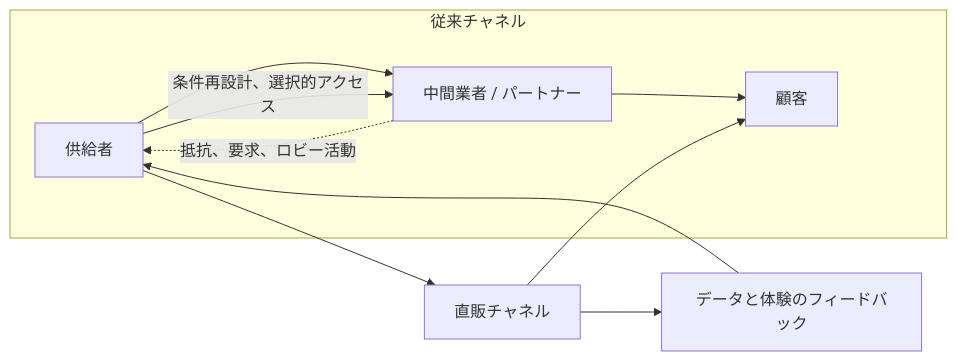
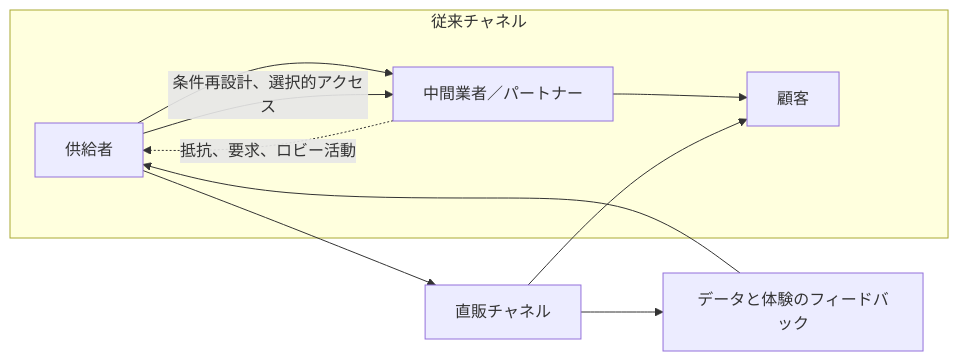
One commit to wardley-leadership-strategies-ja/wardley-leadership-strategies-ja.github.io changed the diagram in docs/strategies/ecosystem/channel-conflict-and-disintermediation/index.md. Above: the diagram before and after it, drawn with Mermaid. The commit also changed 10 other files, not shown here.

````diff
--- a/docs/strategies/ecosystem/channel-conflict-and-disintermediation/index.md
+++ b/docs/strategies/ecosystem/channel-conflict-and-disintermediation/index.md
@@ -69,13 +69,13 @@
 ```mermaid
 flowchart LR
   subgraph 従来チャネル
-    A[供給者] --> B[中間業者 / パートナー]
+    A[供給者] --> B[中間業者／パートナー]
     B --> C[顧客]
   end
   A --> D[直販チャネル]
   D --> C
   D --> E[データと体験のフィードバック]
   E --> A
   B -.->|抵抗、要求、ロビー活動| A
   A -->|条件再設計、選択的アクセス| B
 ```
````
